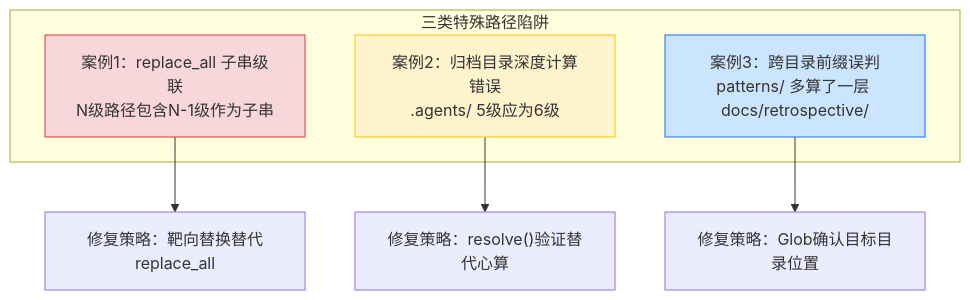
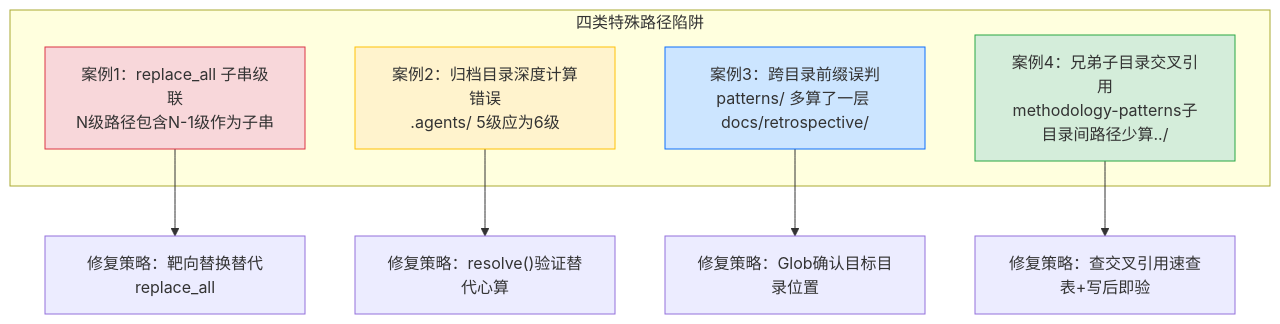
One commit to xinetzone/SpecWeave changed the diagram in docs/retrospective/patterns/methodology-patterns/tools-automation/relative-path-pitfalls.md. Above: the diagram before and after it, drawn with Mermaid. The commit also changed other lines of this file and 2 other files, not shown here.

````diff
--- a/docs/retrospective/patterns/methodology-patterns/tools-automation/relative-path-pitfalls.md
+++ b/docs/retrospective/patterns/methodology-patterns/tools-automation/relative-path-pitfalls.md
@@ -22,14 +27,17 @@
 ```mermaid
 flowchart TD
-    subgraph PITFALLS ["三类特殊路径陷阱"]
+    subgraph PITFALLS ["四类特殊路径陷阱"]
         P1["案例1：replace_all 子串级联<br/>N级路径包含N-1级作为子串"]
         P2["案例2：归档目录深度计算错误<br/>.agents/ 5级应为6级"]
         P3["案例3：跨目录前缀误判<br/>patterns/ 多算了一层 docs/retrospective/"]
+        P4["案例4：兄弟子目录交叉引用<br/>methodology-patterns子目录间路径少算../"]
     end
     P1 --> F1["修复策略：靶向替换替代replace_all"]
     P2 --> F2["修复策略：resolve()验证替代心算"]
     P3 --> F3["修复策略：Glob确认目标目录位置"]
+    P4 --> F4["修复策略：查交叉引用速查表+写后即验"]
     style P1 fill:#f8d7da,stroke:#dc3545
     style P2 fill:#fff3cd,stroke:#ffc107
     style P3 fill:#cce5ff,stroke:#0d6efd
+    style P4 fill:#d4edda,stroke:#28a745
 ```
````
